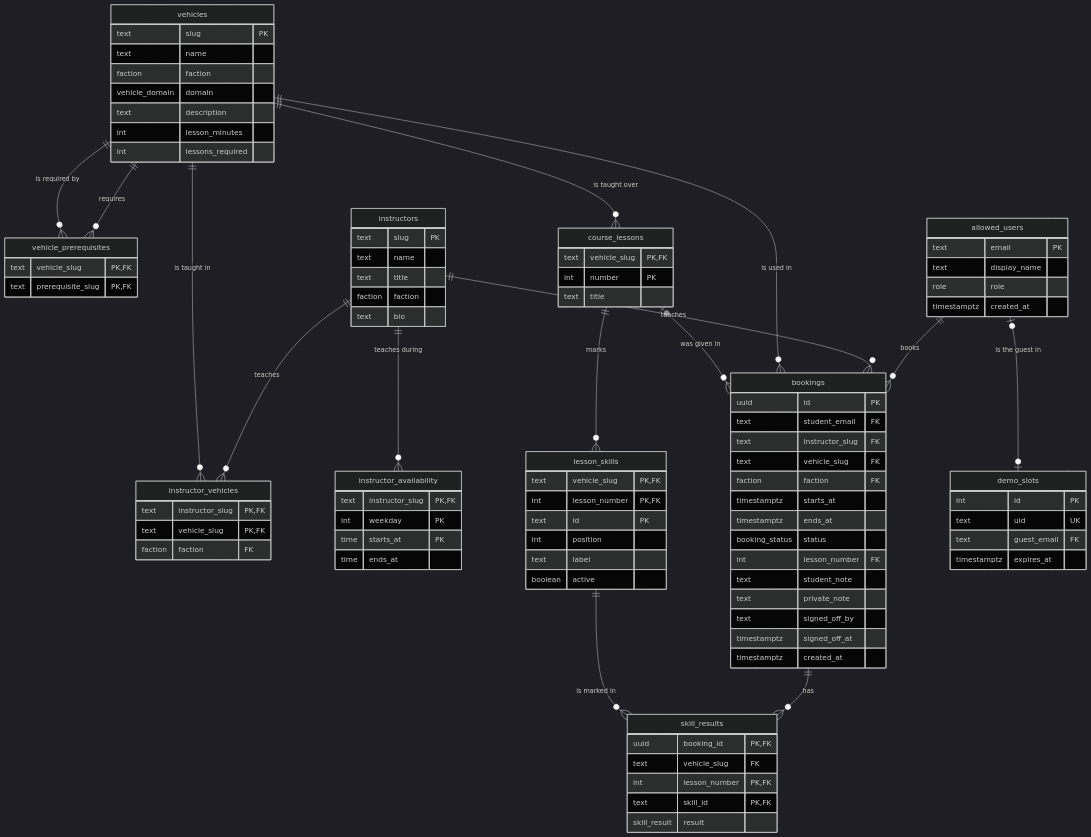
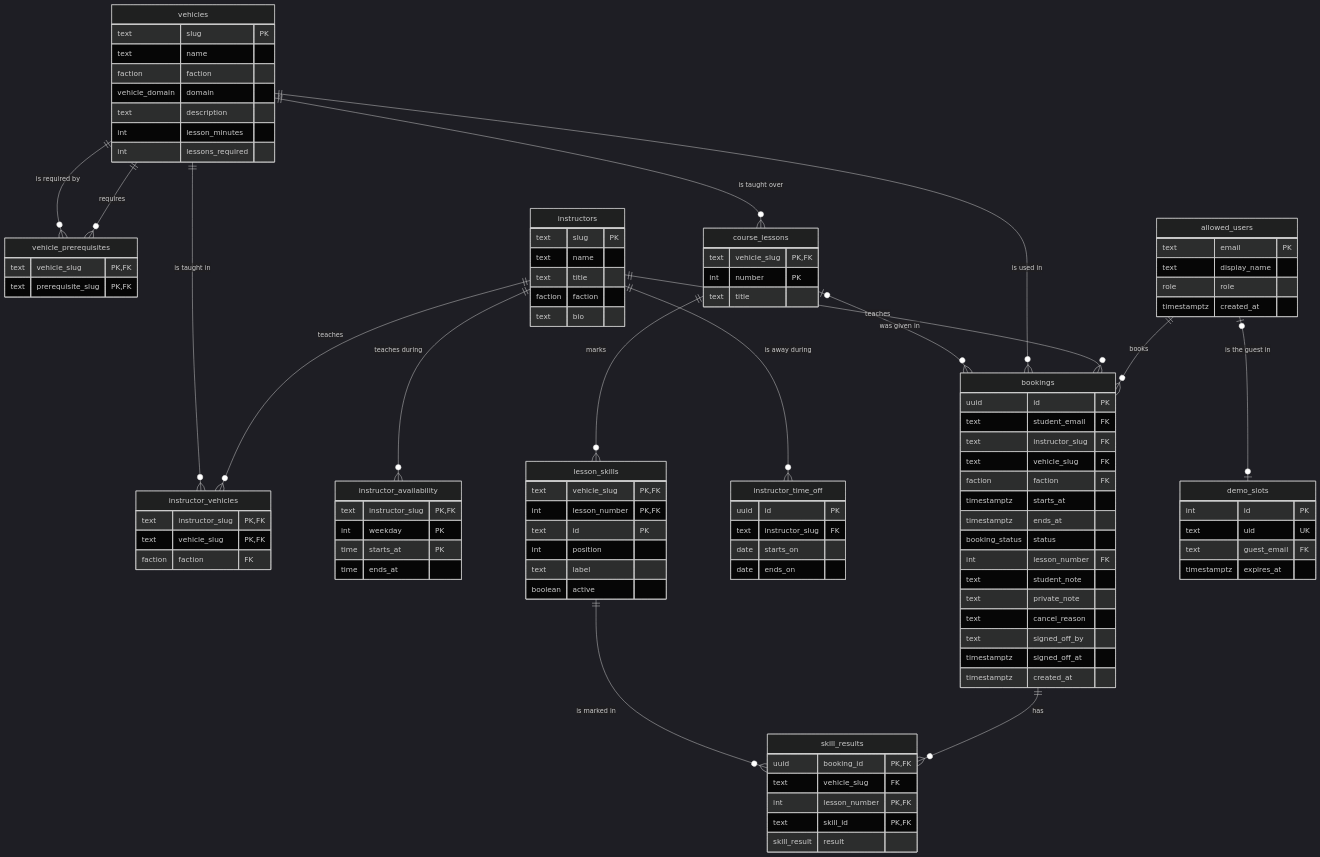
The ninth of 10 diagrams in ARCHITECTURE.md (Valiance-Studios/halo-drivers-ed), drawn with Mermaid (dark theme) before and after one commit. The commit also changed other lines of this file and 36 other files, not shown here.

First line of the commit message:
Add instructor time off and cancelling on their behalf (#14)

```diff
--- a/ARCHITECTURE.md
+++ b/ARCHITECTURE.md
@@ -342,9 +383,16 @@
         int lesson_number FK
         text student_note
         text private_note
+        text cancel_reason
         text signed_off_by
         timestamptz signed_off_at
         timestamptz created_at
+    }
+    instructor_time_off {
+        uuid id PK
+        text instructor_slug FK
+        date starts_on
+        date ends_on
     }
     course_lessons {
         text vehicle_slug PK,FK
@@ -386,6 +434,7 @@
     instructors ||--o{ instructor_vehicles : "teaches"
     vehicles ||--o{ instructor_vehicles : "is taught in"
     instructors ||--o{ instructor_availability : "teaches during"
+    instructors ||--o{ instructor_time_off : "is away during"
     allowed_users ||--o{ bookings : "books"
     instructors ||--o{ bookings : "teaches"
     vehicles ||--o{ bookings : "is used in"
```
